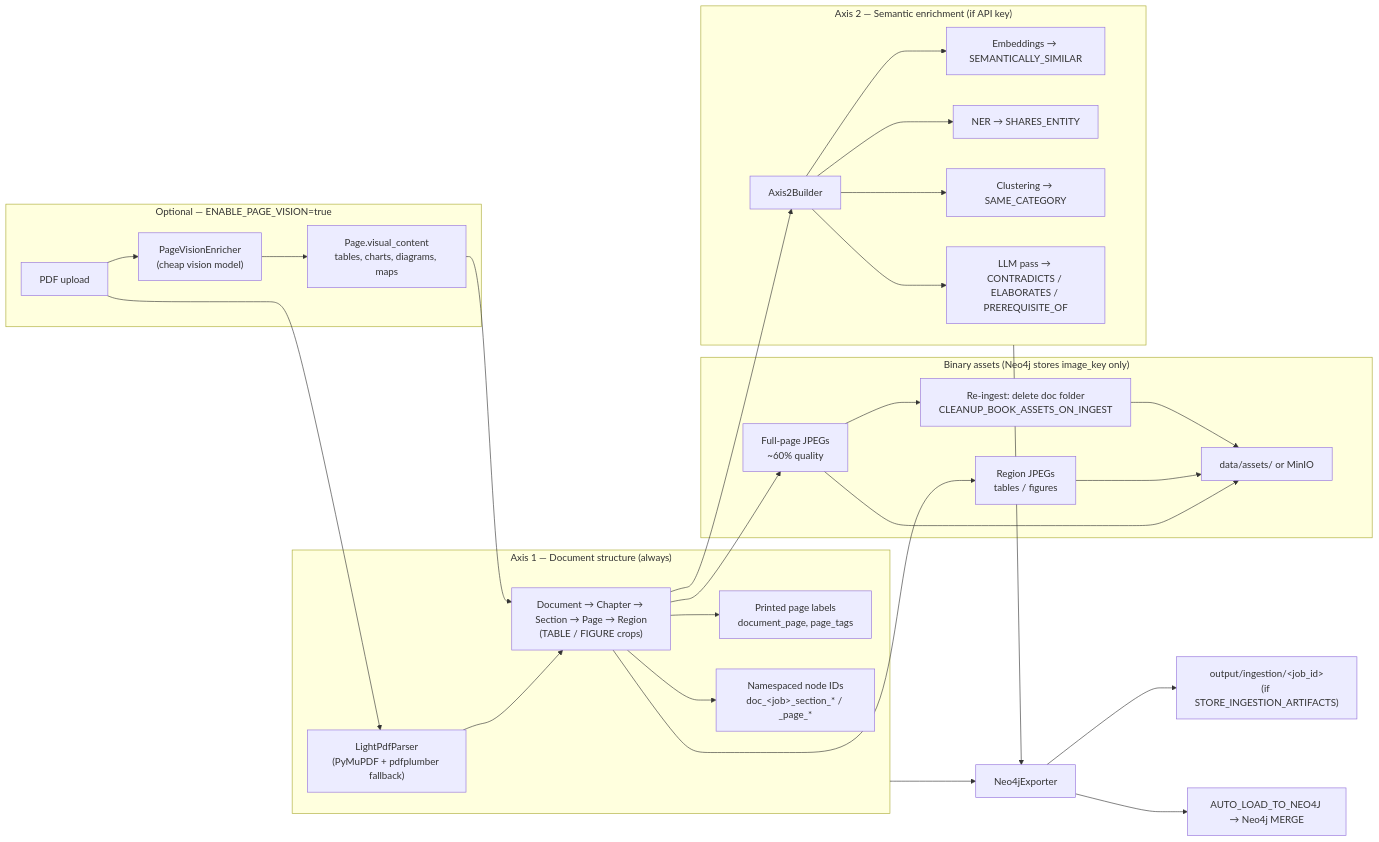
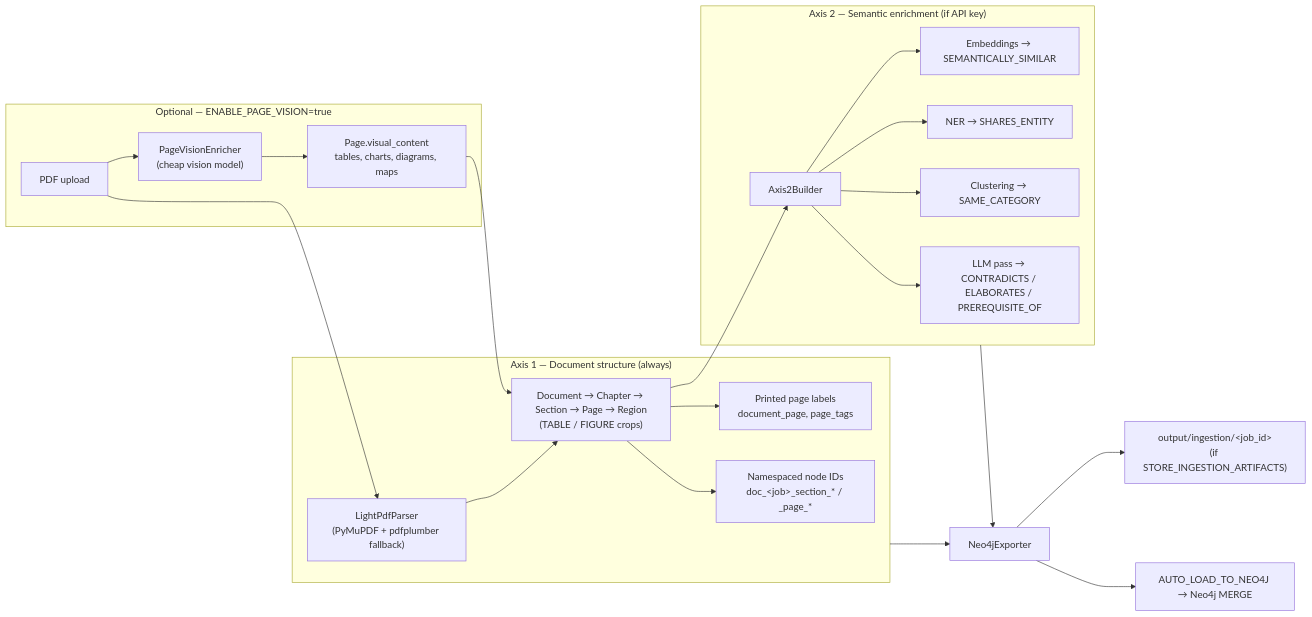
The second of 3 diagrams in README.md (umerjavaidkh/agentic_graph_rag), drawn with Mermaid before and after one commit. The commit also changed other lines of this file and 23 other files, not shown here.

First line of the commit message:
Remove binary page/region image storage and serving.

````diff
--- a/README.md
+++ b/README.md
@@ -582,38 +580,29 @@
 ```mermaid
 flowchart LR
     PDF["PDF upload"] --> P["LightPdfParser<br/>(PyMuPDF + pdfplumber fallback)"]
 
     subgraph A1["Axis 1 — Document structure (always)"]
         P --> TREE["Document → Chapter → Section → Page → Region<br/>(TABLE / FIGURE crops)"]
         TREE --> PN["Printed page labels<br/>document_page, page_tags"]
         TREE --> IDS["Namespaced node IDs<br/>doc_&lt;job&gt;_section_* / _page_*"]
-    end
-
-    subgraph Media["Binary assets (Neo4j stores image_key only)"]
-        TREE --> PI["Full-page JPEGs<br/>~60% quality"]
-        TREE --> RI["Region JPEGs<br/>tables / figures"]
-        PI --> STORE["data/assets/ or MinIO"]
-        RI --> STORE
-        PI --> CLEAN1["Re-ingest: delete doc folder<br/>CLEANUP_BOOK_ASSETS_ON_INGEST"]
-        CLEAN1 --> STORE
     end
 
     subgraph OptVision["Optional — ENABLE_PAGE_VISION=true"]
         PDF --> PV["PageVisionEnricher<br/>(cheap vision model)"]
         PV --> VC["Page.visual_content<br/>tables, charts, diagrams, maps"]
         VC --> TREE
     end
 
     subgraph A2["Axis 2 — Semantic enrichment (if API key)"]
         TREE --> AX2["Axis2Builder"]
         AX2 --> E1["Embeddings → SEMANTICALLY_SIMILAR"]
         AX2 --> E2["NER → SHARES_ENTITY"]
         AX2 --> E3["Clustering → SAME_CATEGORY"]
         AX2 --> E4["LLM pass → CONTRADICTS / ELABORATES / PREREQUISITE_OF"]
     end
 
     A2 --> EXP["Neo4jExporter"]
     A1 --> EXP
     EXP --> OUT["output/ingestion/&lt;job_id&gt;<br/>(if STORE_INGESTION_ARTIFACTS)"]
     EXP --> LOAD["AUTO_LOAD_TO_NEO4J → Neo4j MERGE"]
 ```
````
